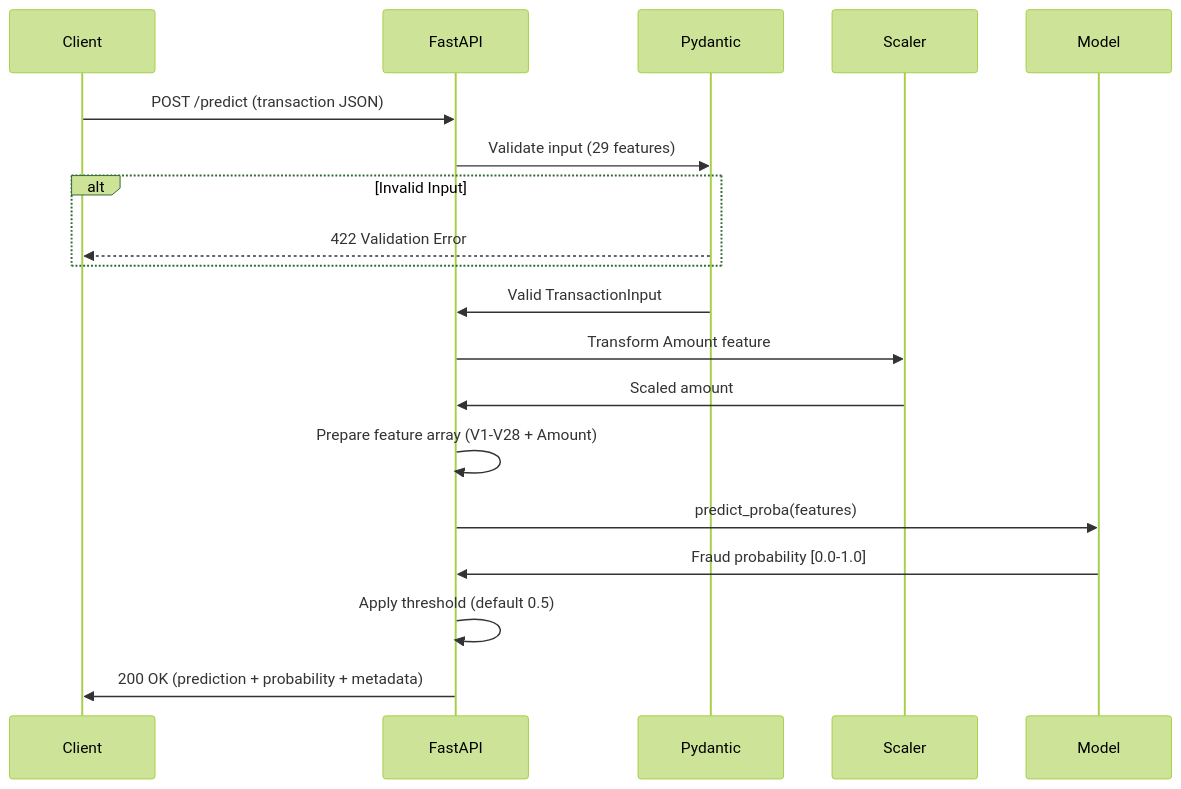
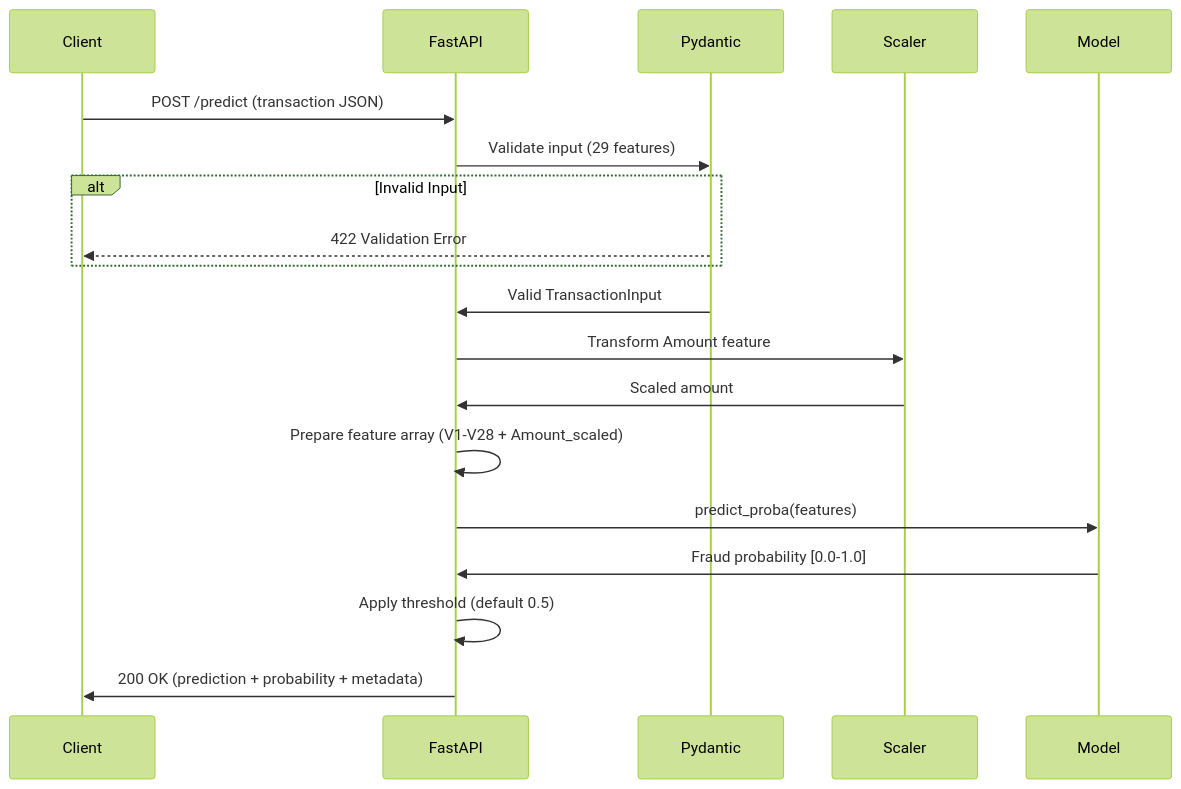
Before and after one commit to yrsci/fraud-detection-api: the second of 2 diagrams in README.md, drawn with Mermaid (forest theme). The commit also changed other lines of this file, not shown here.

Commit message:
Typo fix & experiment with graph style

````diff
--- a/README.md
+++ b/README.md
@@ -62,24 +59,24 @@
 ```mermaid
 sequenceDiagram
     participant Client
     participant FastAPI
     participant Pydantic
     participant Scaler
     participant Model
     
     Client->>FastAPI: POST /predict (transaction JSON)
     FastAPI->>Pydantic: Validate input (29 features)
     
     alt Invalid Input
         Pydantic-->>Client: 422 Validation Error
     end
     
     Pydantic->>FastAPI: Valid TransactionInput
     FastAPI->>Scaler: Transform Amount feature
     Scaler->>FastAPI: Scaled amount
-    FastAPI->>FastAPI: Prepare feature array (V1-V28 + Amount)
+    FastAPI->>FastAPI: Prepare feature array (V1-V28 + Amount_scaled)
     FastAPI->>Model: predict_proba(features)
     Model->>FastAPI: Fraud probability [0.0-1.0]
     FastAPI->>FastAPI: Apply threshold (default 0.5)
     FastAPI->>Client: 200 OK (prediction + probability + metadata)
 ```
````
